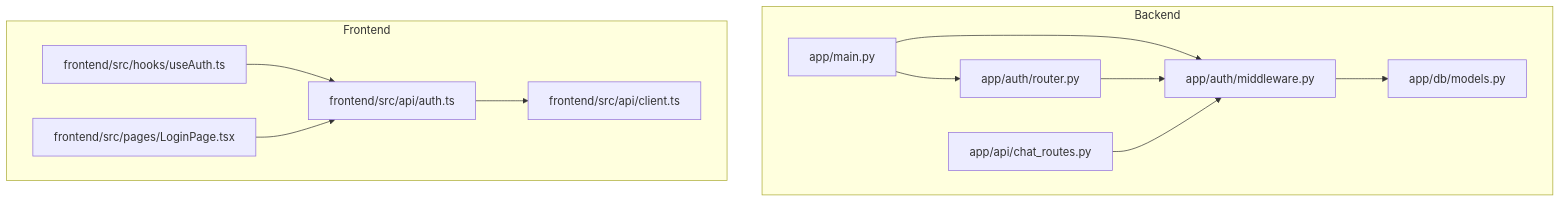
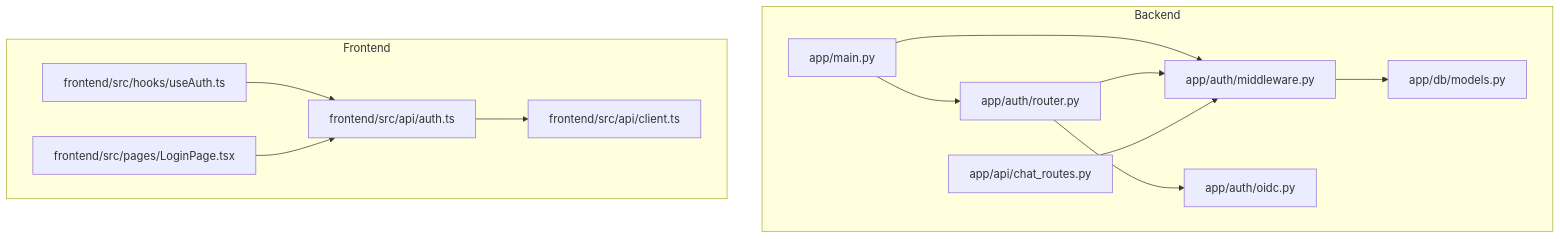
Before and after one commit to genes8/private-ai: the first of 7 diagrams in .qoder/repowiki/en/content/Backend Development/API Endpoints/Authentication Endpoints.md, drawn with Mermaid. The commit also changed other lines of this file and 19 other files, not shown here.

````diff
--- a/.qoder/repowiki/en/content/Backend Development/API Endpoints/Authentication Endpoints.md
+++ b/.qoder/repowiki/en/content/Backend Development/API Endpoints/Authentication Endpoints.md
@@ -45,24 +48,26 @@
 ```mermaid
 graph TB
 subgraph "Backend"
 A["app/main.py"]
 B["app/auth/router.py"]
 C["app/auth/middleware.py"]
-D["app/db/models.py"]
-E["app/api/chat_routes.py"]
+D["app/auth/oidc.py"]
+E["app/db/models.py"]
+F["app/api/chat_routes.py"]
 end
 subgraph "Frontend"
-F["frontend/src/api/auth.ts"]
-G["frontend/src/api/client.ts"]
-H["frontend/src/hooks/useAuth.ts"]
-I["frontend/src/pages/LoginPage.tsx"]
+G["frontend/src/api/auth.ts"]
+H["frontend/src/api/client.ts"]
+I["frontend/src/hooks/useAuth.ts"]
+J["frontend/src/pages/LoginPage.tsx"]
 end
 A --> B
 A --> C
 B --> C
-C --> D
-E --> C
-F --> G
-H --> F
-I --> F
+B --> D
+C --> E
+F --> C
+G --> H
+I --> G
+J --> G
 ```
````
